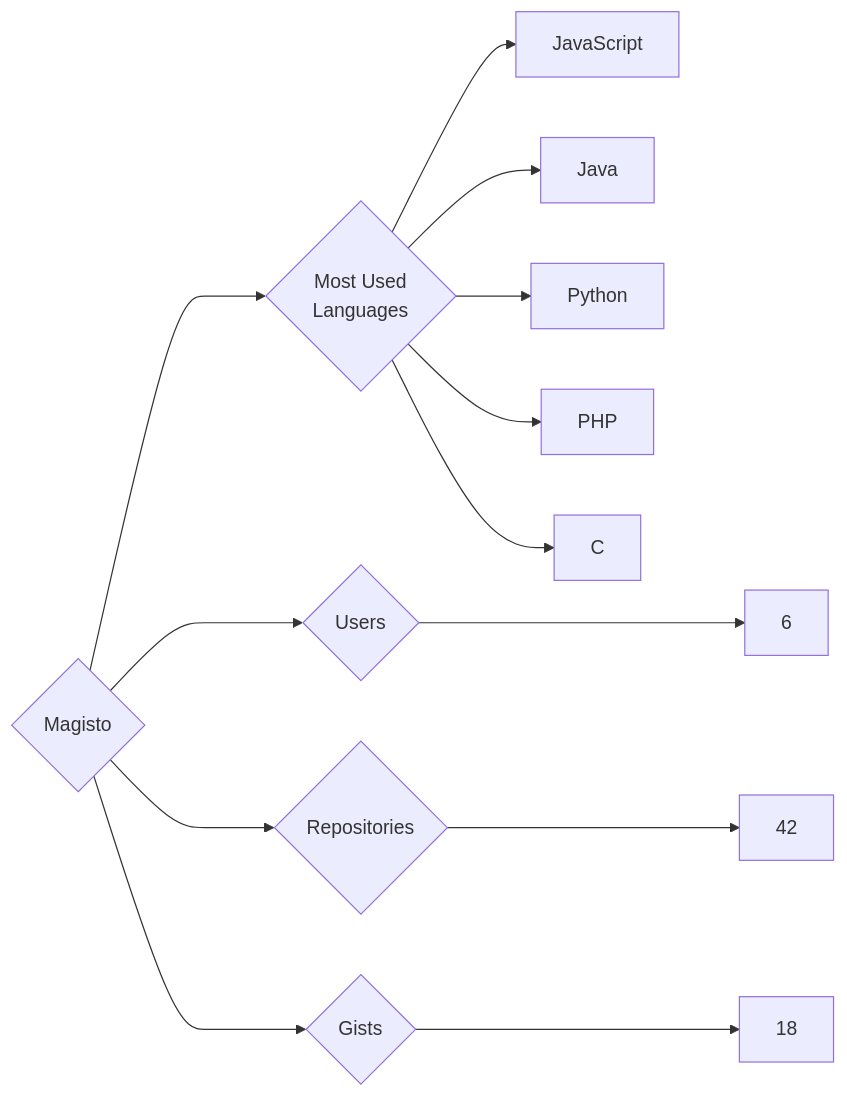
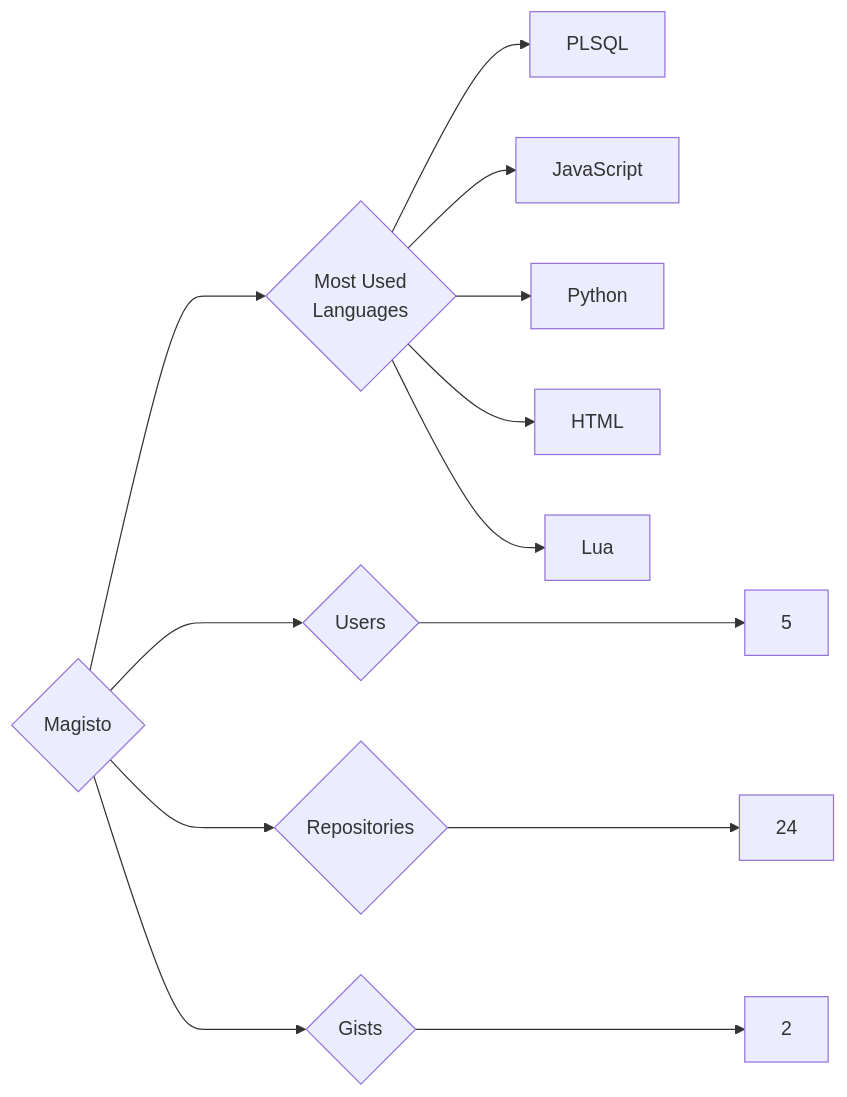
Before and after one commit to trickest/insiders: the diagram in targets/Magisto/README.md, drawn with Mermaid. The commit also changed 1508 other files, not shown here.

````diff
--- a/targets/Magisto/README.md
+++ b/targets/Magisto/README.md
@@ -3,13 +3,13 @@
 ```mermaid
 graph LR
 COMPANY_NAME{Magisto}
-COMPANY_NAME ---> U{Users} ---> UN[6]
-COMPANY_NAME ---> R{Repositories} ---> RN[42]
-COMPANY_NAME ---> G{Gists} ---> GN[18]
+COMPANY_NAME ---> U{Users} ---> UN[5]
+COMPANY_NAME ---> R{Repositories} ---> RN[24]
+COMPANY_NAME ---> G{Gists} ---> GN[2]
 COMPANY_NAME ---> ML{Most Used<br>Languages}
+ML --> PLSQL[PLSQL]
 ML --> JavaScript[JavaScript]
-ML --> Java[Java]
 ML --> Python[Python]
-ML --> PHP[PHP]
-ML --> C[C]
+ML --> HTML[HTML]
+ML --> Lua[Lua]
 ```
````
